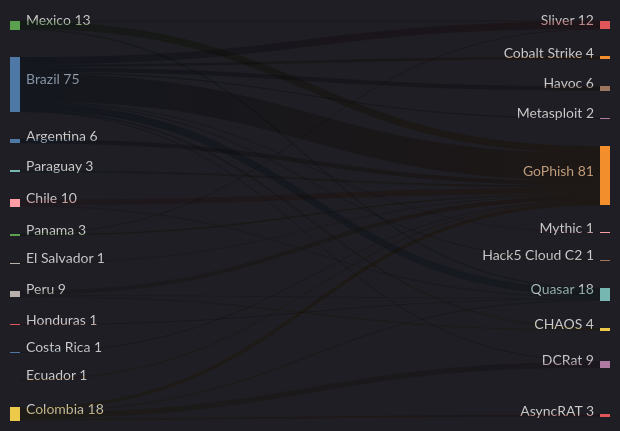
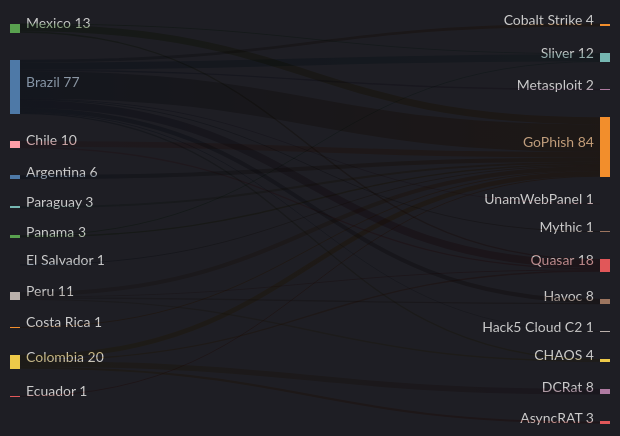
One commit to ZoqueLabs/website changed the fifth of 8 diagrams in zolim.md. Above: the diagram before and after it, drawn with Mermaid. The commit also changed other lines of this file, not shown here.

````diff
--- a/zolim.md
+++ b/zolim.md
@@ -114,38 +114,38 @@
 ```mermaid
 ---
 config:
   theme: dark
 ---
 %% Country → Threat (top)
 sankey-beta
-  Brazil,GoPhish,38
+  Brazil,GoPhish,39
+  Brazil,Quasar,11
   Brazil,Sliver,10
-  Brazil,Quasar,10
   Mexico,GoPhish,10
   Colombia,DCRat,8
   Chile,GoPhish,8
+  Colombia,GoPhish,7
   Brazil,Havoc,6
   Peru,GoPhish,6
   Argentina,GoPhish,6
-  Colombia,GoPhish,5
   Brazil,Cobalt Strike,4
   Colombia,AsyncRAT,3
   Paraguay,GoPhish,3
   Chile,Quasar,2
   Panama,GoPhish,2
   Mexico,Quasar,2
   Colombia,Quasar,2
+  Peru,Havoc,2
   Peru,CHAOS,2
   Brazil,CHAOS,2
   Brazil,Metasploit,2
+  Brazil,UnamWebPanel,1
   Brazil,Mythic,1
   Brazil,Hack5 Cloud C2,1
   Mexico,Sliver,1
   Panama,Sliver,1
   Peru,Quasar,1
   El Salvador,GoPhish,1
   Costa Rica,GoPhish,1
   Ecuador,GoPhish,1
-  Brazil,DCRat,1
-  Honduras,Quasar,1
 ```
````
